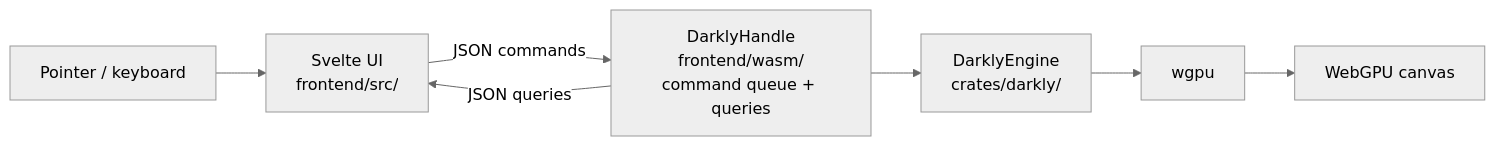
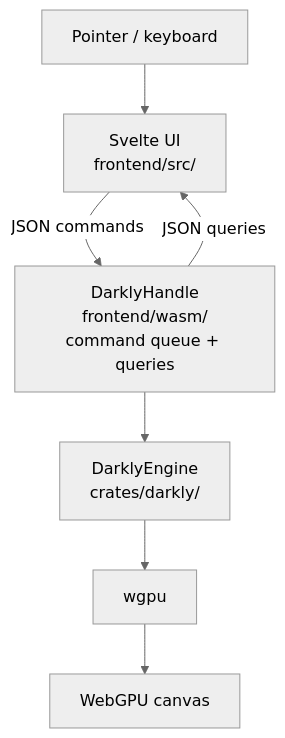
Before and after one commit to darkly-art/darkly: the first of 2 diagrams in README.md, drawn with Mermaid (neutral theme). The commit also changed 17 other files, not shown here.

````diff
--- a/README.md
+++ b/README.md
@@ -30,16 +30,16 @@
 ```mermaid
-flowchart LR
+flowchart TB
     User[Pointer / keyboard]
     Svelte[Svelte UI<br/>frontend/src/]
     Bridge[DarklyHandle<br/>frontend/wasm/<br/>command queue + queries]
     Engine[DarklyEngine<br/>crates/darkly/]
     WGPU[wgpu]
     Canvas[WebGPU canvas]
 
     User --> Svelte
     Svelte -- JSON commands --> Bridge
     Bridge -- JSON queries --> Svelte
     Bridge --> Engine
     Engine --> WGPU
     WGPU --> Canvas
 ```
````
